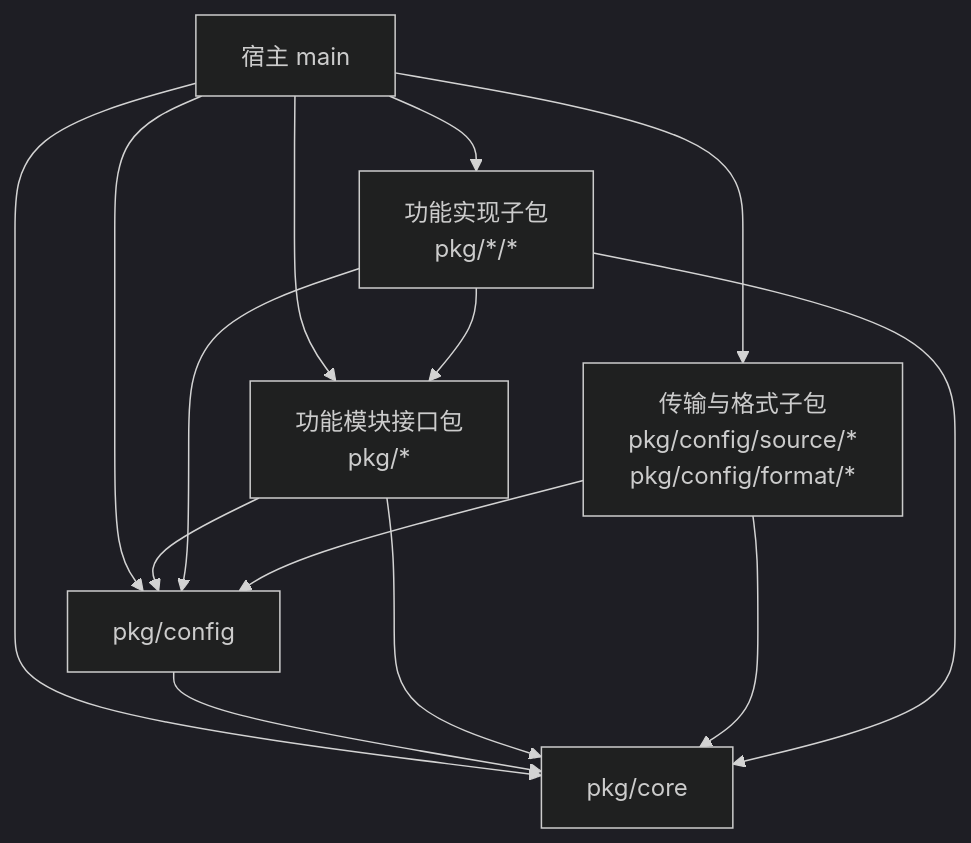
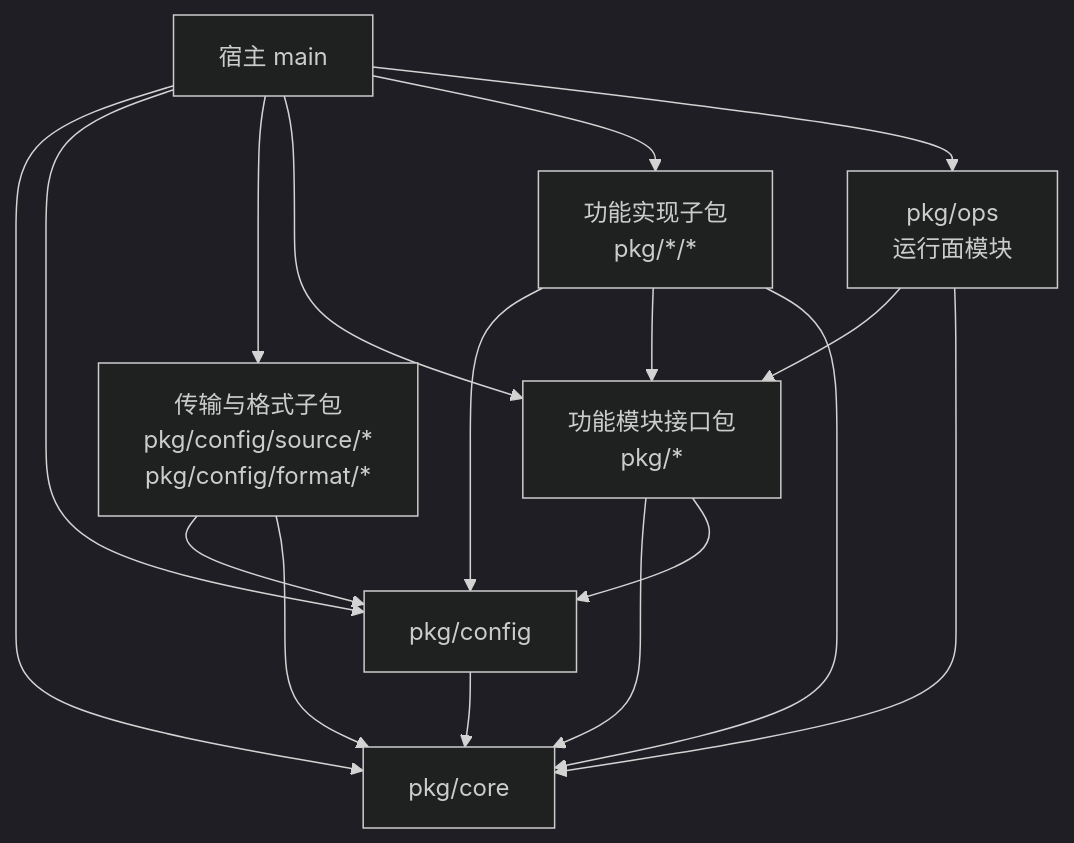
The first of 4 diagrams in docs/design/architecture.md (wangzw/speed), drawn with Mermaid (dark theme) before and after one commit. The commit also changed other lines of this file and 72 other files, not shown here.

````diff
--- a/docs/design/architecture.md
+++ b/docs/design/architecture.md
@@ -34,24 +34,28 @@
 ```mermaid
 graph TD
   host["宿主 main"]
   core["pkg/core"]
   config["pkg/config"]
   source["传输与格式子包<br/>pkg/config/source/*<br/>pkg/config/format/*"]
   iface["功能模块接口包<br/>pkg/*"]
   impl["功能实现子包<br/>pkg/*/*"]
+  ops["pkg/ops<br/>运行面模块"]
 
   host --> core
   host --> config
   host --> source
   host --> iface
   host --> impl
+  host --> ops
 
   config --> core
   iface --> core
   iface --> config
   impl --> config
   source --> config
   source --> core
   impl --> iface
   impl --> core
+  ops --> iface
+  ops --> core
 ```
````
